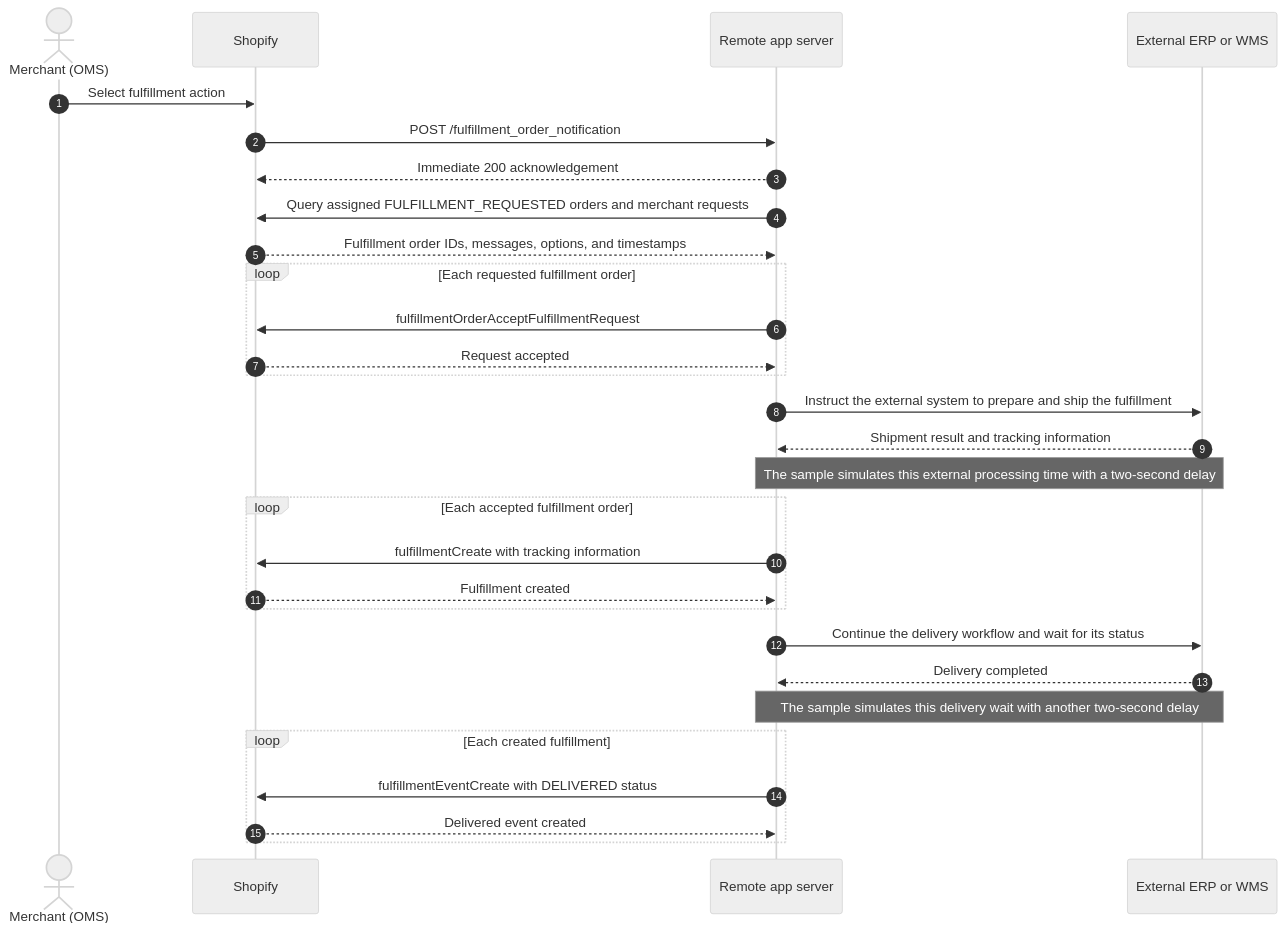
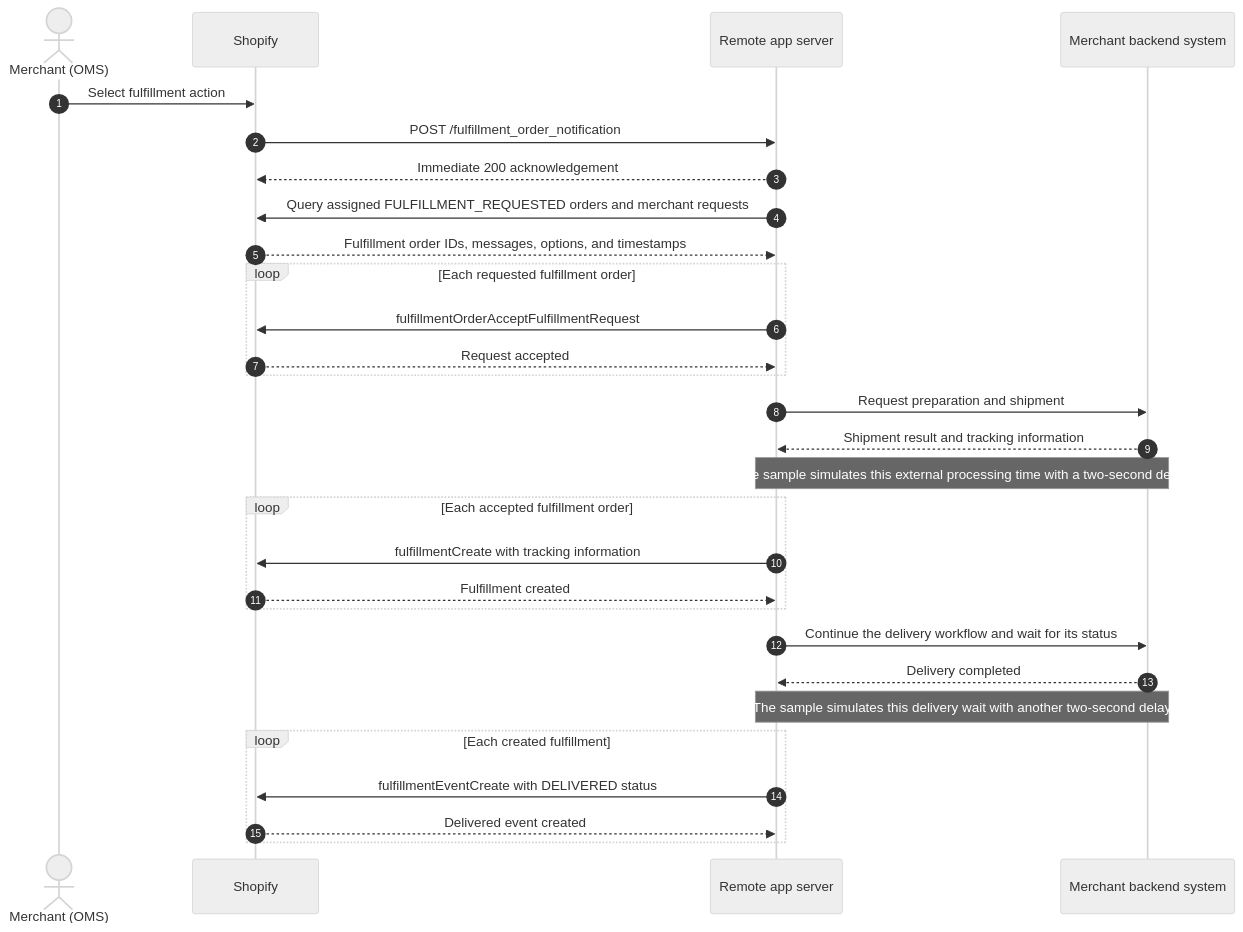
The fourth of 4 diagrams in docs/13-ordermanage.md (benzookapi/shopify-barebone-app-sample), drawn with Mermaid (neutral theme) before and after one commit. The commit also changed other lines of this file and 1 other file, not shown here.

Commit message:
Describe integrations with merchant backend systems

````diff
--- a/docs/13-ordermanage.md
+++ b/docs/13-ordermanage.md
@@ -113,32 +115,32 @@
 ```mermaid
 sequenceDiagram
     autonumber
     actor Merchant as Merchant (OMS)
     participant Shopify as Shopify
     participant App as Remote app server
-    participant ERP as External ERP or WMS
+    participant Backend as Merchant backend system
 
     Merchant->>Shopify: Select fulfillment action
     Shopify->>App: POST /fulfillment_order_notification
     App-->>Shopify: Immediate 200 acknowledgement
     App->>Shopify: Query assigned FULFILLMENT_REQUESTED orders and merchant requests
     Shopify-->>App: Fulfillment order IDs, messages, options, and timestamps
     loop Each requested fulfillment order
         App->>Shopify: fulfillmentOrderAcceptFulfillmentRequest
         Shopify-->>App: Request accepted
     end
-    App->>ERP: Instruct the external system to prepare and ship the fulfillment
-    ERP-->>App: Shipment result and tracking information
-    Note over App,ERP: The sample simulates this external processing time with a two-second delay
+    App->>Backend: Request preparation and shipment
+    Backend-->>App: Shipment result and tracking information
+    Note over App,Backend: The sample simulates this external processing time with a two-second delay
     loop Each accepted fulfillment order
         App->>Shopify: fulfillmentCreate with tracking information
         Shopify-->>App: Fulfillment created
     end
-    App->>ERP: Continue the delivery workflow and wait for its status
-    ERP-->>App: Delivery completed
-    Note over App,ERP: The sample simulates this delivery wait with another two-second delay
+    App->>Backend: Continue the delivery workflow and wait for its status
+    Backend-->>App: Delivery completed
+    Note over App,Backend: The sample simulates this delivery wait with another two-second delay
     loop Each created fulfillment
         App->>Shopify: fulfillmentEventCreate with DELIVERED status
         Shopify-->>App: Delivered event created
     end
 ```
````
